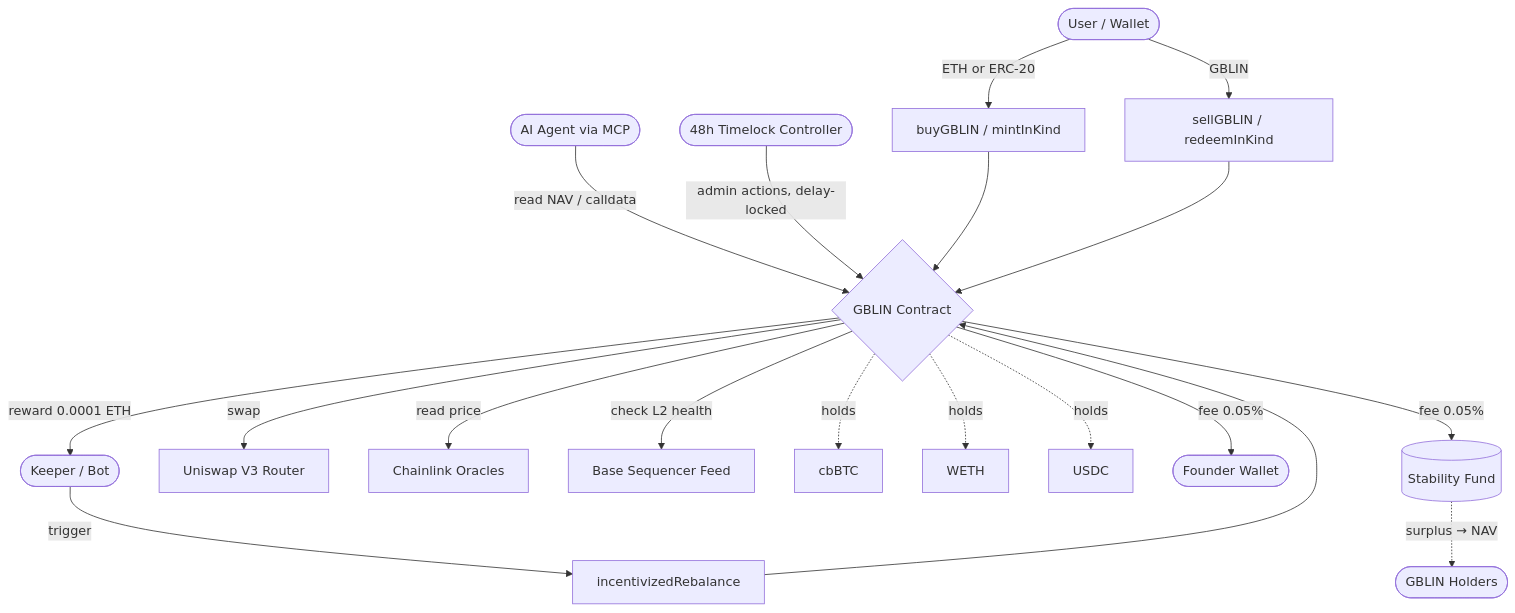
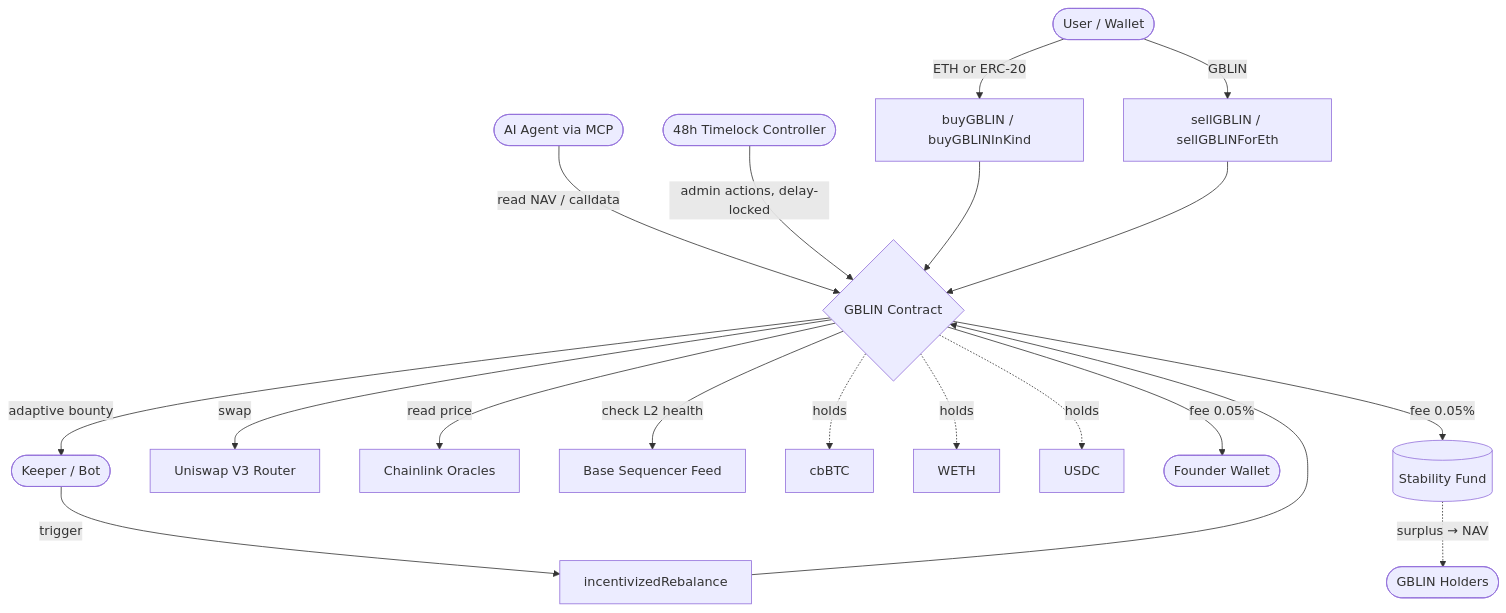
One commit to gblinproject/GBLIN-Protocol changed the diagram in README.md. Above: the diagram before and after it, drawn with Mermaid. The commit also changed other lines of this file, not shown here.

````diff
--- a/README.md
+++ b/README.md
@@ -91,25 +91,25 @@
 ```mermaid
 flowchart TB
-    User([User / Wallet]) -->|ETH or ERC-20| Buy[buyGBLIN / mintInKind]
-    User -->|GBLIN| Sell[sellGBLIN / redeemInKind]
+    User([User / Wallet]) -->|ETH or ERC-20| Buy[buyGBLIN / buyGBLINInKind]
+    User -->|GBLIN| Sell[sellGBLIN / sellGBLINForEth]
     Keeper([Keeper / Bot]) -->|trigger| Rebal[incentivizedRebalance]
     Agent([AI Agent via MCP]) -->|read NAV / calldata| Core
     TL([48h Timelock Controller]) -->|admin actions, delay-locked| Core
 
     Buy --> Core{GBLIN Contract}
     Sell --> Core
     Rebal --> Core
 
     Core -->|swap| Uni[Uniswap V3 Router]
     Core -->|read price| Chainlink[Chainlink Oracles]
     Core -->|check L2 health| Seq[Base Sequencer Feed]
 
     Core -.holds.-> cbBTC
     Core -.holds.-> WETH
     Core -.holds.-> USDC
 
-    Core -->|reward 0.0001 ETH| Keeper
+    Core -->|adaptive bounty| Keeper
     Core -->|fee 0.05%| Founder([Founder Wallet])
     Core -->|fee 0.05%| Stab[(Stability Fund)]
     Stab -.surplus → NAV.-> Holders([GBLIN Holders])
 ```
````
